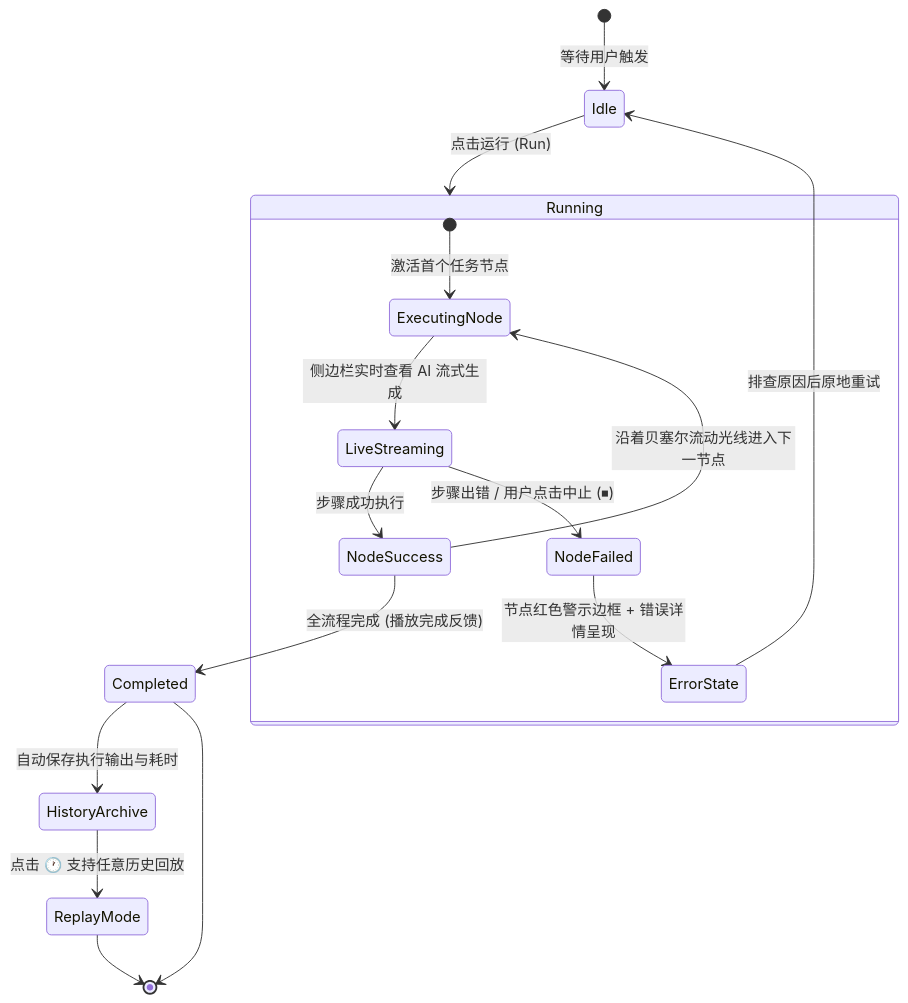
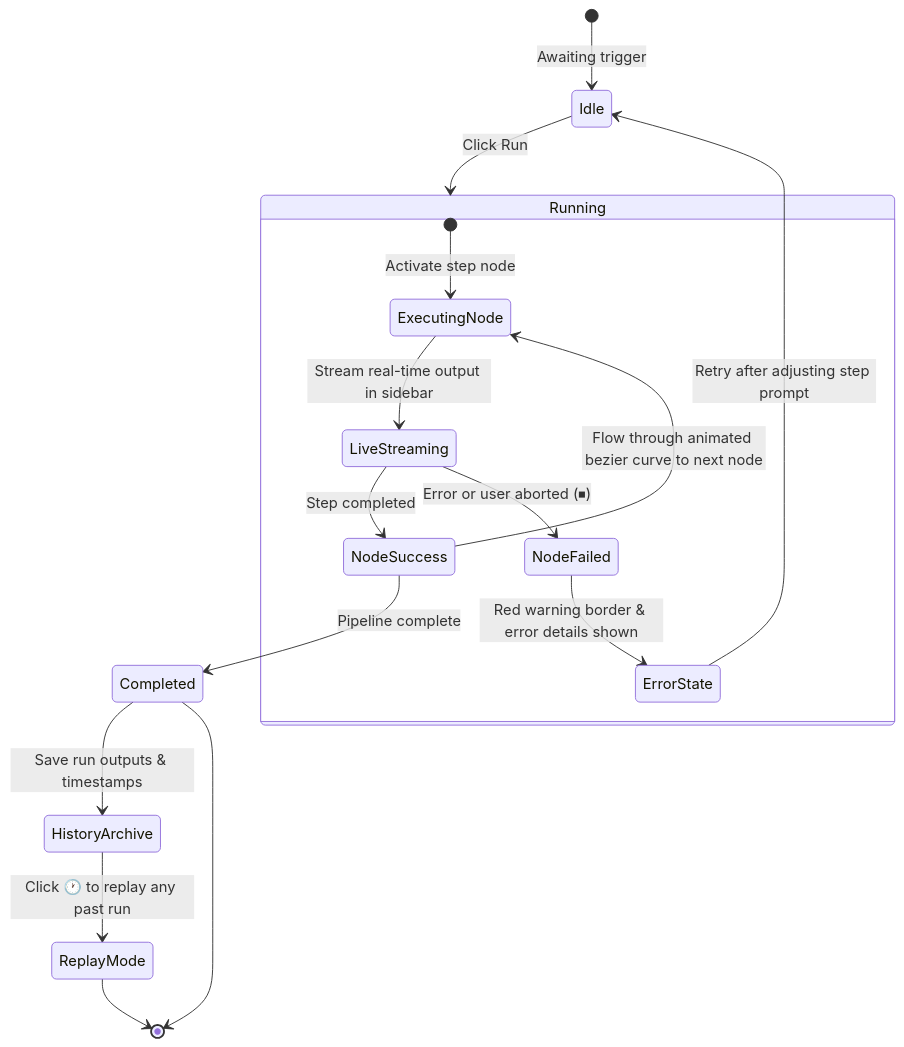
One commit to CipherSlinger/AIPA changed the third of 4 diagrams in README.md. Above: the diagram before and after it, drawn with Mermaid. The commit also changed other lines of this file and 1 other file, not shown here.

````diff
--- a/README.md
+++ b/README.md
@@ -448,22 +447,22 @@
 ```mermaid
 stateDiagram-v2
-    [*] --> Idle: 等待用户触发
-    Idle --> Running: 点击运行 (Run)
+    [*] --> Idle: Awaiting trigger
+    Idle --> Running: Click Run
     
     state Running {
-        [*] --> ExecutingNode: 激活首个任务节点
-        ExecutingNode --> LiveStreaming: 侧边栏实时查看 AI 流式生成
-        LiveStreaming --> NodeSuccess: 步骤成功执行
-        LiveStreaming --> NodeFailed: 步骤出错 / 用户点击中止 (⏹)
+        [*] --> ExecutingNode: Activate step node
+        ExecutingNode --> LiveStreaming: Stream real-time output in sidebar
+        LiveStreaming --> NodeSuccess: Step completed
+        LiveStreaming --> NodeFailed: Error or user aborted (⏹)
         
-        NodeSuccess --> ExecutingNode: 沿着贝塞尔流动光线进入下一节点
-        NodeFailed --> ErrorState: 节点红色警示边框 + 错误详情呈现
+        NodeSuccess --> ExecutingNode: Flow through animated bezier curve to next node
+        NodeFailed --> ErrorState: Red warning border & error details shown
     }
 
-    NodeSuccess --> Completed: 全流程完成 (播放完成反馈)
-    Completed --> HistoryArchive: 自动保存执行输出与耗时
-    HistoryArchive --> ReplayMode: 点击 🕐 支持任意历史回放
-    ErrorState --> Idle: 排查原因后原地重试
+    NodeSuccess --> Completed: Pipeline complete
+    Completed --> HistoryArchive: Save run outputs & timestamps
+    HistoryArchive --> ReplayMode: Click 🕐 to replay any past run
+    ErrorState --> Idle: Retry after adjusting step prompt
     ReplayMode --> [*]
     Completed --> [*]
 ```
````
